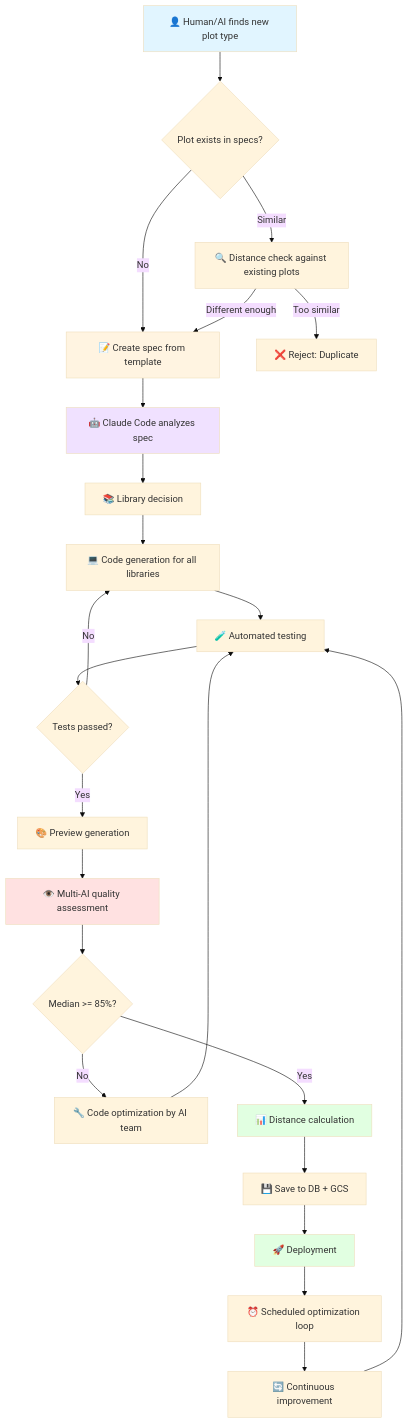
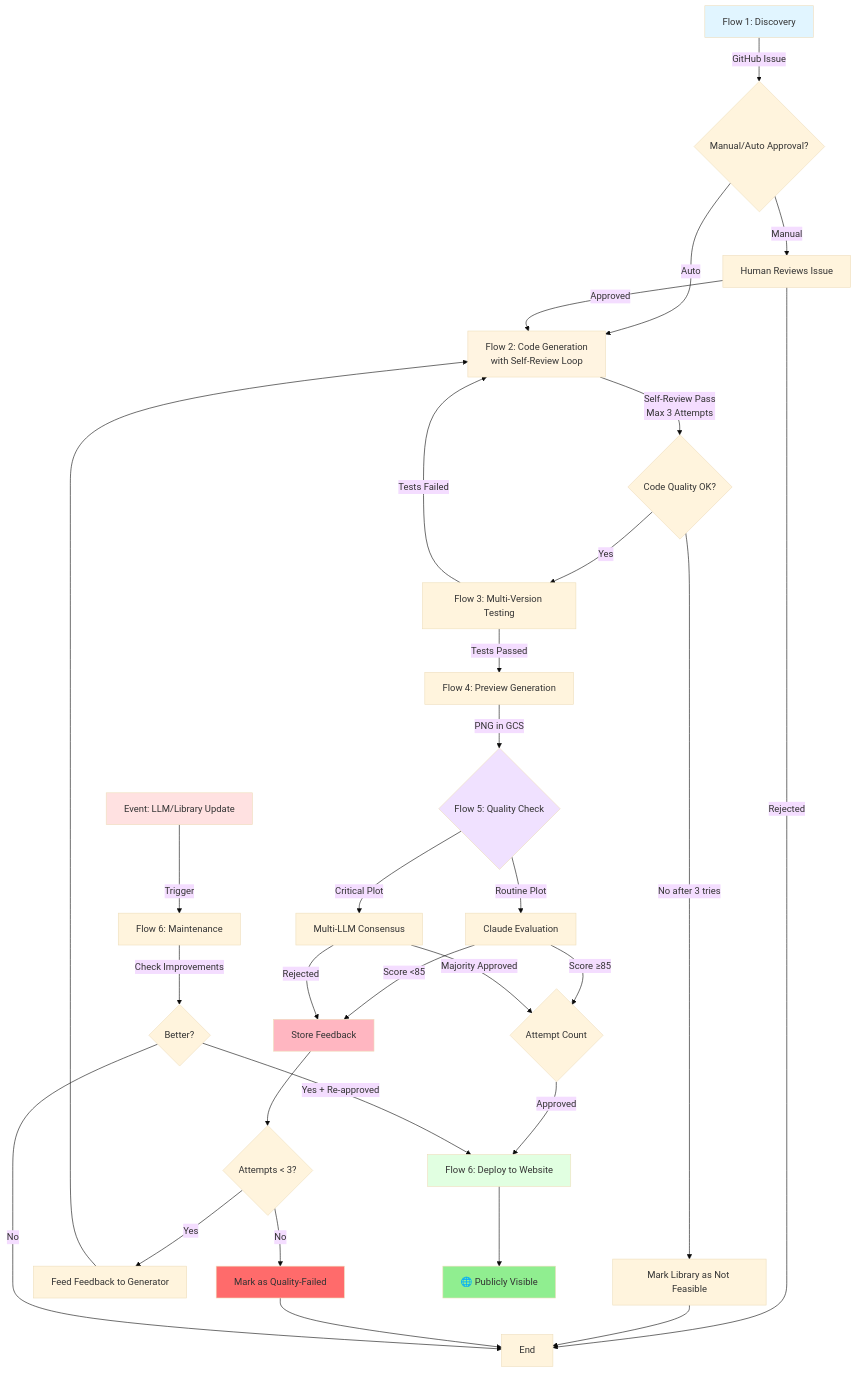
One commit to MarkusNeusinger/pyplots changed the second of 2 diagrams in docs/workflow.md. Above: the diagram before and after it, drawn with Mermaid (base theme). The commit also changed other lines of this file, not shown here.

````diff
--- a/docs/workflow.md
+++ b/docs/workflow.md
@@ -9,32 +323,49 @@
 ```mermaid
 graph TD
-    A[👤 Human/AI finds new plot type] --> B{Plot exists in specs?}
-    B -->|No| C[📝 Create spec from template]
-    B -->|Similar| D[🔍 Distance check against existing plots]
-    D -->|Too similar| E[❌ Reject: Duplicate]
-    D -->|Different enough| C
-    C --> F[🤖 Claude Code analyzes spec]
-    F --> G[📚 Library decision]
-    G --> H[💻 Code generation for all libraries]
-    H --> I[🧪 Automated testing]
-    I --> J{Tests passed?}
-    J -->|No| H
-    J -->|Yes| K[🎨 Preview generation]
-    K --> L[👁️ Multi-AI quality assessment]
-    L --> M{Median >= 85%?}
-    M -->|No| N[🔧 Code optimization by AI team]
-    N --> I
-    M -->|Yes| O[📊 Distance calculation]
-    O --> P[💾 Save to DB + GCS]
-    P --> Q[🚀 Deployment]
-    Q --> R[⏰ Scheduled optimization loop]
-    R --> S[🔄 Continuous improvement]
-    S --> I
+    A[Flow 1: Discovery] -->|GitHub Issue| B{Manual/Auto Approval?}
+    B -->|Manual| C[Human Reviews Issue]
+    B -->|Auto| D[Flow 2: Code Generation<br/>with Self-Review Loop]
+    C -->|Approved| D
+    C -->|Rejected| Z[End]
+
+    D -->|Self-Review Pass<br/>Max 3 Attempts| E{Code Quality OK?}
+    E -->|Yes| F[Flow 3: Multi-Version Testing]
+    E -->|No after 3 tries| W[Mark Library as Not Feasible]
+    W --> Z
+
+    F -->|Tests Passed| G[Flow 4: Preview Generation]
+    F -->|Tests Failed| D
+
+    G -->|PNG in GCS| H{Flow 5: Quality Check}
+    H -->|Routine Plot| I[Claude Evaluation]
+    H -->|Critical Plot| J[Multi-LLM Consensus]
+
+    I -->|Score ≥85| K{Attempt Count}
+    J -->|Majority Approved| K
+
+    I -->|Score <85| L[Store Feedback]
+    J -->|Rejected| L
+
+    L --> M{Attempts < 3?}
+    M -->|Yes| N[Feed Feedback to Generator]
+    N --> D
+    M -->|No| O[Mark as Quality-Failed]
+    O --> Z
+
+    K -->|Approved| P[Flow 6: Deploy to Website]
+    P --> Q[🌐 Publicly Visible]
+
+    R[Event: LLM/Library Update] -->|Trigger| S[Flow 6: Maintenance]
+    S -->|Check Improvements| T{Better?}
+    T -->|Yes + Re-approved| P
+    T -->|No| Z
 
     style A fill:#e1f5ff
-    style C fill:#fff4e1
-    style F fill:#f0e1ff
-    style L fill:#ffe1e1
-    style O fill:#e1ffe1
-    style Q fill:#e1ffe1
+    style D fill:#fff4e1
+    style H fill:#f0e1ff
+    style P fill:#e1ffe1
+    style Q fill:#90EE90
+    style R fill:#ffe1e1
+    style L fill:#FFB6C1
+    style O fill:#FF6B6B
 ```
````
